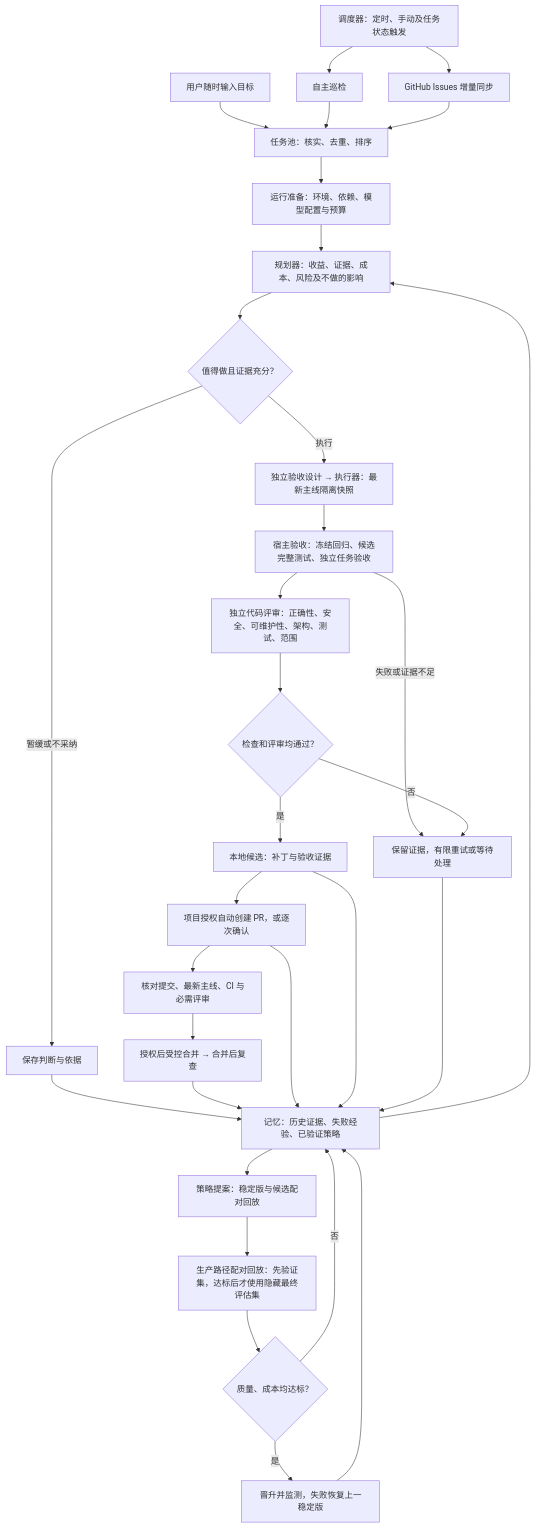
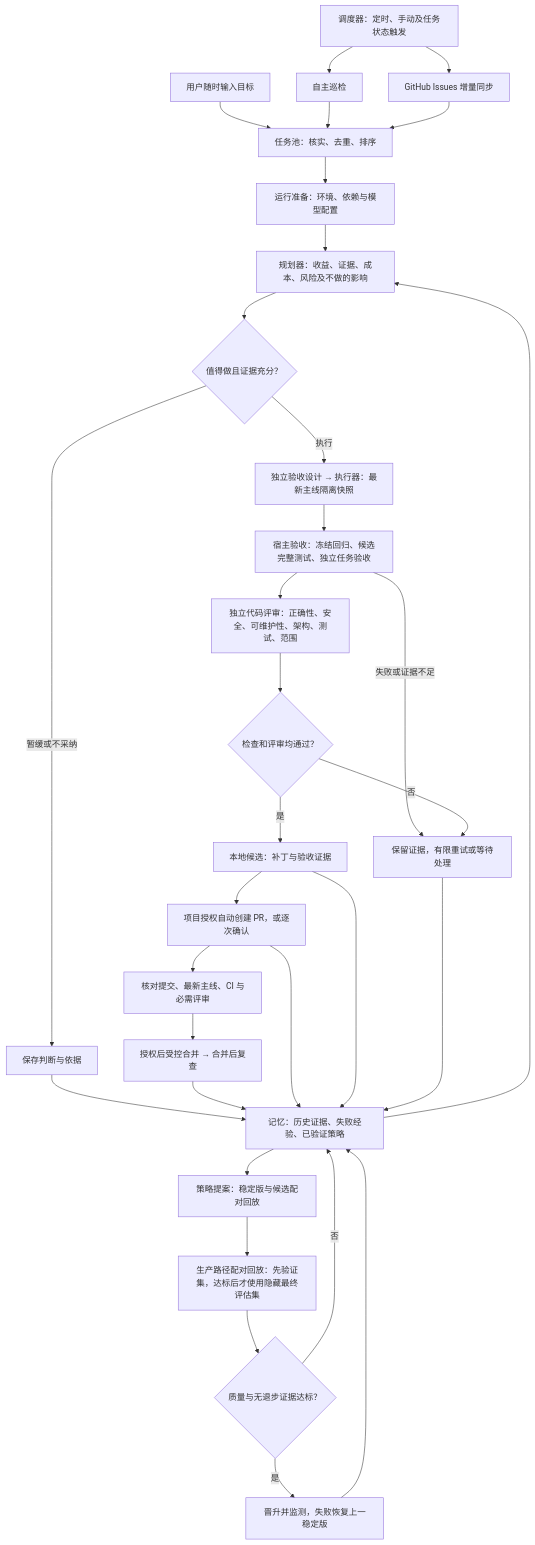
Before and after one commit to Haoog/Adaptive-RSI: the diagram in README.md, drawn with Mermaid. The commit also changed other lines of this file and 64 other files, not shown here.

````diff
--- a/README.md
+++ b/README.md
@@ -13,34 +13,34 @@
 ```mermaid
 flowchart TD
     S[调度器：定时、手动及任务状态触发] --> I[自主巡检]
     S --> G[GitHub Issues 增量同步]
     U[用户随时输入目标] --> Q[任务池：核实、去重、排序]
     I --> Q
     G --> Q
     M[记忆：历史证据、失败经验、已验证策略] --> P[规划器：收益、证据、成本、风险及不做的影响]
-    Q --> O[运行准备：环境、依赖、模型配置与预算]
+    Q --> O[运行准备：环境、依赖与模型配置]
     O --> P
     P --> B{值得做且证据充分？}
     B -->|执行| W[独立验收设计 → 执行器：最新主线隔离快照]
     B -->|暂缓或不采纳| Z[保存判断与依据]
     Z --> M
     W --> T[宿主验收：冻结回归、候选完整测试、独立任务验收]
     T --> R[独立代码评审：正确性、安全、可维护性、架构、测试、范围]
     R --> D{检查和评审均通过？}
     D -->|是| C[本地候选：补丁与验收证据]
     C --> A[项目授权自动创建 PR，或逐次确认]
     A --> J[核对提交、最新主线、CI 与必需评审]
     J --> K[授权后受控合并 → 合并后复查]
     K --> M
     T -->|失败或证据不足| F[保留证据，有限重试或等待处理]
     D -->|否| F
     A --> M
     C --> M
     F --> M
     M --> E[策略提案：稳定版与候选配对回放]
     E --> V[生产路径配对回放：先验证集，达标后才使用隐藏最终评估集]
-    V --> H{质量、成本均达标？}
+    V --> H{质量与无退步证据达标？}
     H -->|是| N[晋升并监测，失败恢复上一稳定版]
     H -->|否| M
     N --> M
 ```
````
